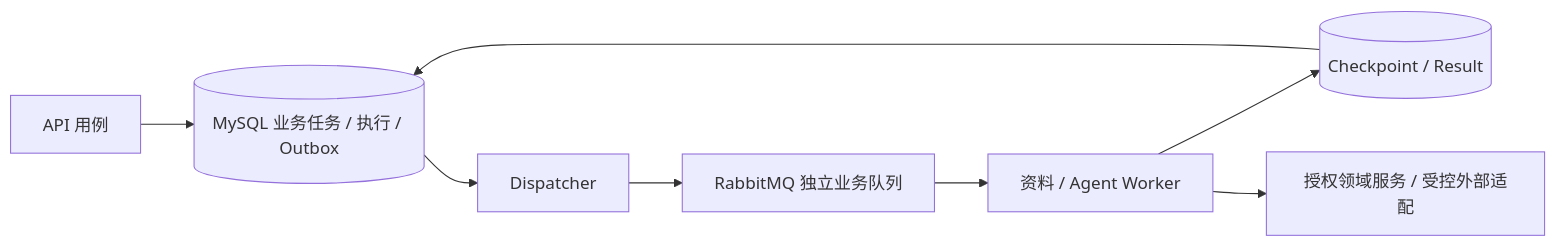
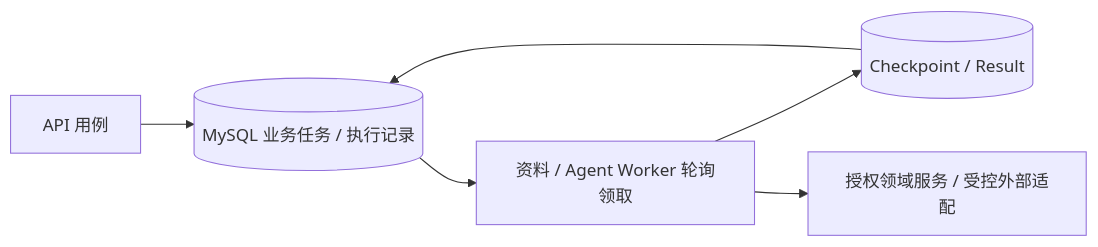
One commit to jialexiao341-glitch/chemical-ops changed the diagram in docs/ChemicalOps-企业级改造方案.md. Above: the diagram before and after it, drawn with Mermaid. The commit also changed other lines of this file and 32 other files, not shown here.

First line of the commit message:
refactor(task-queue)!: 使用 MySQL 持久队列替换 RabbitMQ

````diff
--- a/docs/ChemicalOps-企业级改造方案.md
+++ b/docs/ChemicalOps-企业级改造方案.md
@@ -123,10 +123,8 @@
 ```mermaid
 flowchart LR
-  API[API 用例] --> DB[(MySQL 业务任务 / 执行 / Outbox)]
-  DB --> D[Dispatcher]
-  D --> MQ[RabbitMQ 独立业务队列]
-  MQ --> W[资料 / Agent Worker]
+  API[API 用例] --> DB[(MySQL 业务任务 / 执行记录)]
+  DB --> W[资料 / Agent Worker 轮询领取]
   W --> CP[(Checkpoint / Result)]
   W --> DS[授权领域服务 / 受控外部适配]
   CP --> DB
 ```
````
